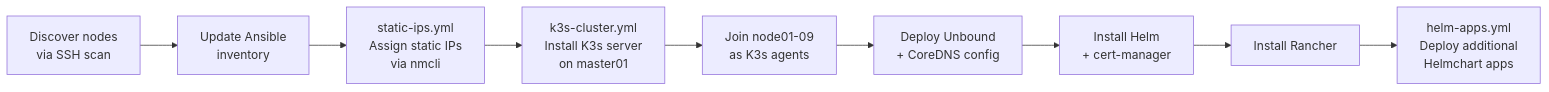
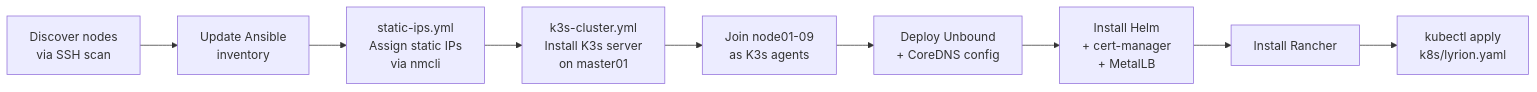
The third of 3 diagrams in README.md (NikolajHansen/raspberry-pi-k3s-cluster), drawn with Mermaid before and after one commit. The commit also changed other lines of this file and 1 other file, not shown here.

First line of the commit message:
docs: update README and k8s manifests for MetalLB + Lyrion

````diff
--- a/README.md
+++ b/README.md
@@ -84,11 +85,11 @@
 ```mermaid
 flowchart LR
     A[Discover nodes\nvia SSH scan] --> B[Update Ansible\ninventory]
-    B -->     C[static-ips.yml\nAssign static IPs\nvia nmcli]
+    B --> C[static-ips.yml\nAssign static IPs\nvia nmcli]
     C --> D[k3s-cluster.yml\nInstall K3s server\non master01]
     D --> E[Join node01-09\nas K3s agents]
     E --> F[Deploy Unbound\n+ CoreDNS config]
-    F --> G[Install Helm\n+ cert-manager]
+    F --> G[Install Helm\n+ cert-manager\n+ MetalLB]
     G --> H[Install Rancher]
-    H --> I[helm-apps.yml\nDeploy additional\nHelmchart apps]
+    H --> I[kubectl apply\nk8s/lyrion.yaml]
 ```
````
